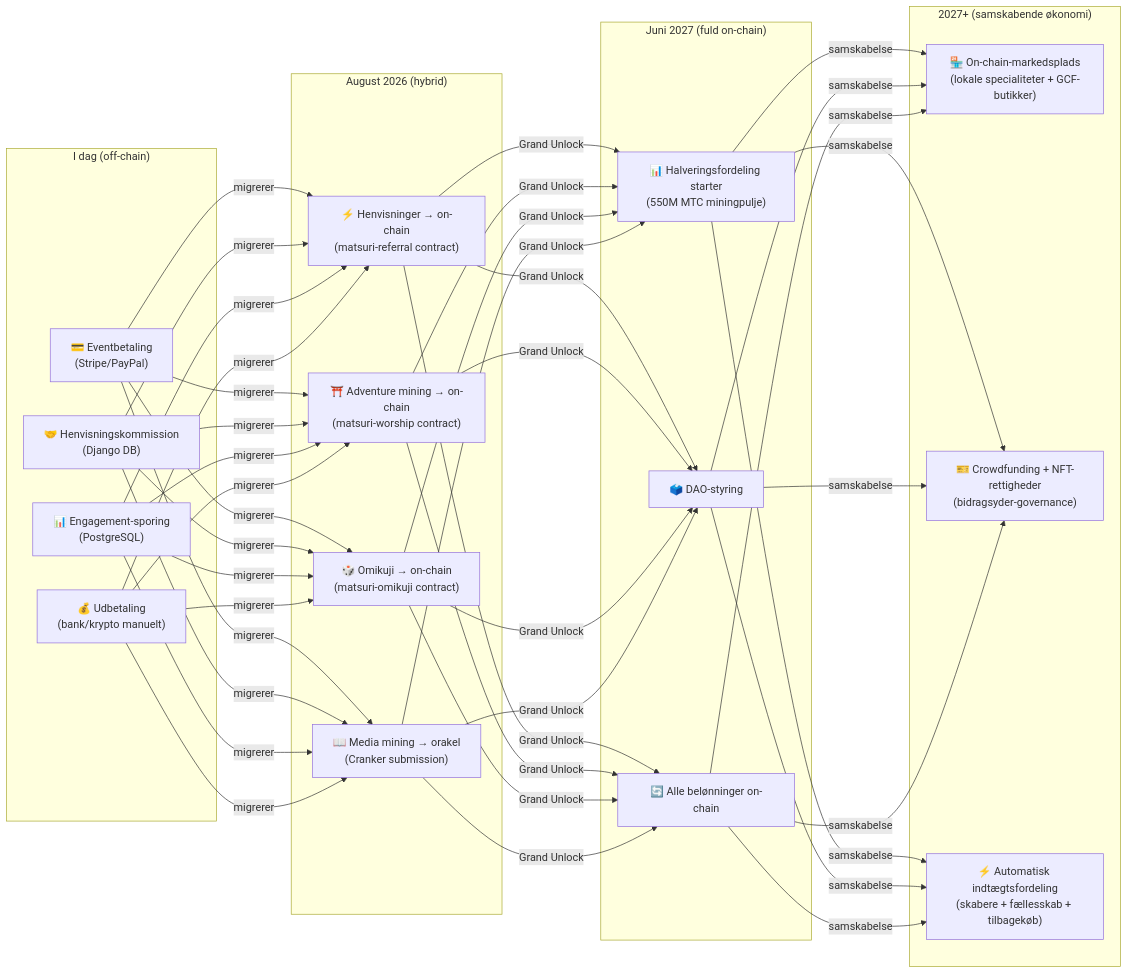
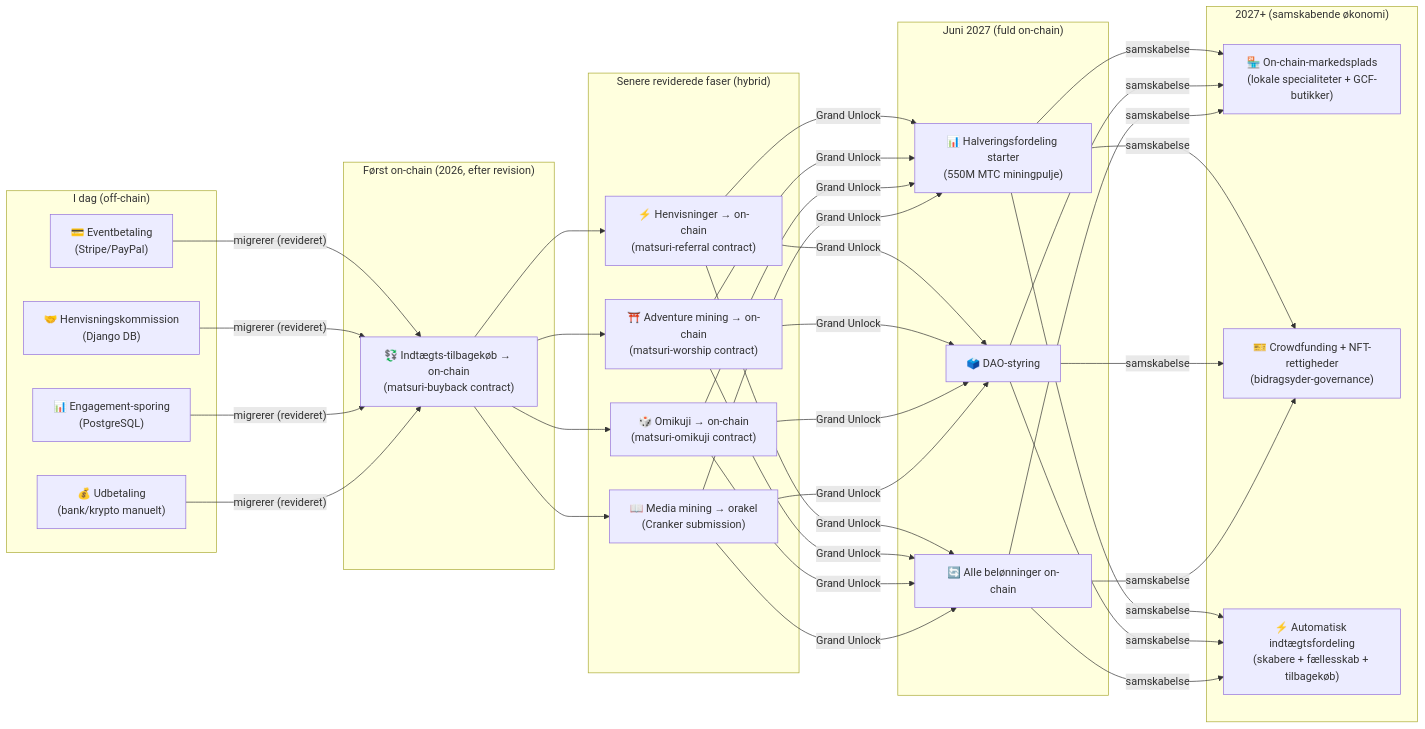
The fourth of 4 diagrams in i18n/da/docusaurus-plugin-content-docs/current/04-mining.md (Cootakahashi/matsuri-dao-whitepaper), drawn with Mermaid before and after one commit. The commit also changed other lines of this file and 79 other files, not shown here.

First line of the commit message:
docs: re-sequence on-chain roadmap to match the staged Hashlock audit (20 locales)

````diff
--- a/i18n/da/docusaurus-plugin-content-docs/current/04-mining.md
+++ b/i18n/da/docusaurus-plugin-content-docs/current/04-mining.md
@@ -334,28 +344,32 @@
 ```mermaid
 graph LR
     subgraph "I dag (off-chain)"
         O1["💳 Eventbetaling\n(Stripe/PayPal)"]
         O2["🤝 Henvisningskommission\n(Django DB)"]
         O3["📊 Engagement-sporing\n(PostgreSQL)"]
         O4["💰 Udbetaling\n(bank/krypto manuelt)"]
     end
-    subgraph "August 2026 (hybrid)"
+    subgraph "Først on-chain (2026, efter revision)"
+        H0["💱 Indtægts-tilbagekøb → on-chain\n(matsuri-buyback contract)"]
+    end
+    subgraph "Senere reviderede faser (hybrid)"
         H1["⚡ Henvisninger → on-chain\n(matsuri-referral contract)"]
         H2["⛩️ Adventure mining → on-chain\n(matsuri-worship contract)"]
         H3["🎲 Omikuji → on-chain\n(matsuri-omikuji contract)"]
         H4["📖 Media mining → orakel\n(Cranker submission)"]
     end
     subgraph "Juni 2027 (fuld on-chain)"
         F1["📊 Halveringsfordeling starter\n(550M MTC miningpulje)"]
         F2["🗳️ DAO-styring"]
         F3["🔄 Alle belønninger on-chain"]
     end
     subgraph "2027+ (samskabende økonomi)"
         G1["🏪 On-chain-markedsplads\n(lokale specialiteter + GCF-butikker)"]
         G2["🎫 Crowdfunding + NFT-rettigheder\n(bidragsyder-governance)"]
         G3["⚡ Automatisk indtægtsfordeling\n(skabere + fællesskab + tilbagekøb)"]
     end
-    O1 & O2 & O3 & O4 -->|"migrerer"| H1 & H2 & H3 & H4
+    O1 & O2 & O3 & O4 -->|"migrerer (revideret)"| H0
+    H0 --> H1 & H2 & H3 & H4
     H1 & H2 & H3 & H4 -->|"Grand Unlock"| F1 & F2 & F3
     F1 & F2 & F3 -->|"samskabelse"| G1 & G2 & G3
 ```
````
